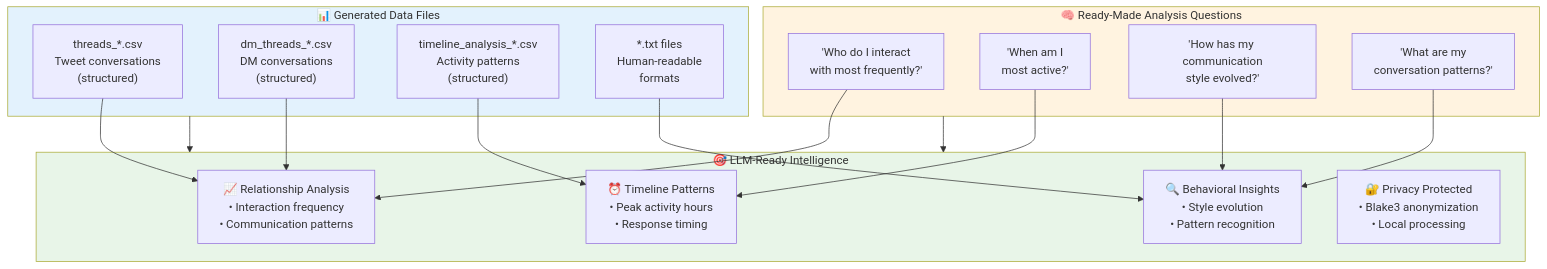
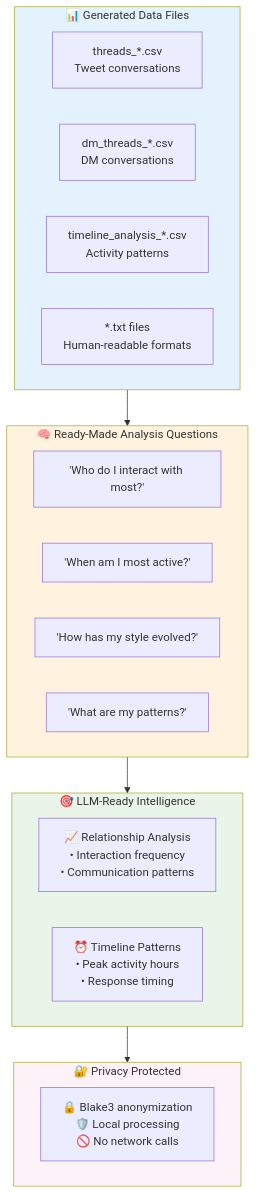
One commit to that-in-rust/tweet-scrolls changed the fifth of 5 diagrams in ReadMe.md. Above: the diagram before and after it, drawn with Mermaid. The commit also changed other lines of this file, not shown here.

````diff
--- a/ReadMe.md
+++ b/ReadMe.md
@@ -276,40 +277,36 @@
 ```mermaid
-graph TB
+flowchart TD
     subgraph Files ["📊 Generated Data Files"]
-        A1["threads_*.csv<br/>Tweet conversations<br/>(structured)"]
-        A2["dm_threads_*.csv<br/>DM conversations<br/>(structured)"]
-        A3["timeline_analysis_*.csv<br/>Activity patterns<br/>(structured)"]
-        A4["*.txt files<br/>Human-readable<br/>formats"]
+        A1["threads_*.csv<br/>Tweet conversations"]
+        A2["dm_threads_*.csv<br/>DM conversations"]
+        A3["timeline_analysis_*.csv<br/>Activity patterns"]
+        A4["*.txt files<br/>Human-readable formats"]
     end
     
+    Files --> Questions
+    
     subgraph Questions ["🧠 Ready-Made Analysis Questions"]
-        B1["'Who do I interact<br/>with most frequently?'"]
-        B2["'When am I<br/>most active?'"]
-        B3["'How has my communication<br/>style evolved?'"]
-        B4["'What are my<br/>conversation patterns?'"]
+        B1["'Who do I interact with most?'"]
+        B2["'When am I most active?'"]
+        B3["'How has my style evolved?'"]
+        B4["'What are my patterns?'"]
     end
+    
+    Questions --> Intelligence
     
     subgraph Intelligence ["🎯 LLM-Ready Intelligence"]
         C1["📈 Relationship Analysis<br/>• Interaction frequency<br/>• Communication patterns"]
         C2["⏰ Timeline Patterns<br/>• Peak activity hours<br/>• Response timing"]
-        C3["🔍 Behavioral Insights<br/>• Style evolution<br/>• Pattern recognition"]
-        C4["🔐 Privacy Protected<br/>• Blake3 anonymization<br/>• Local processing"]
     end
     
-    Files --> Intelligence
-    Questions --> Intelligence
+    Intelligence --> Privacy
     
-    A1 --> C1
-    A2 --> C1
-    A3 --> C2
-    A4 --> C3
-    
-    B1 --> C1
-    B2 --> C2
-    B3 --> C3
-    B4 --> C3
+    subgraph Privacy ["🔐 Privacy Protected"]
+        D1["🔒 Blake3 anonymization<br/>🛡️ Local processing<br/>🚫 No network calls"]
+    end
     
     style Files fill:#e3f2fd
     style Questions fill:#fff3e0
     style Intelligence fill:#e8f5e8
+    style Privacy fill:#fdf2f8
 ```
````
